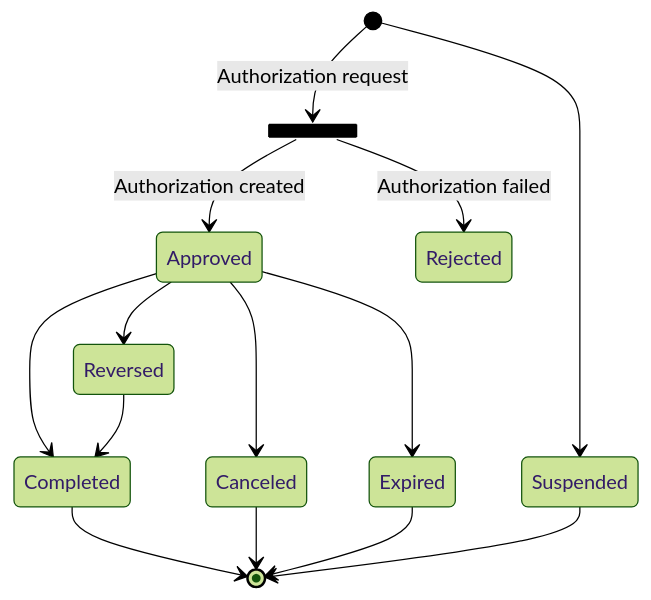
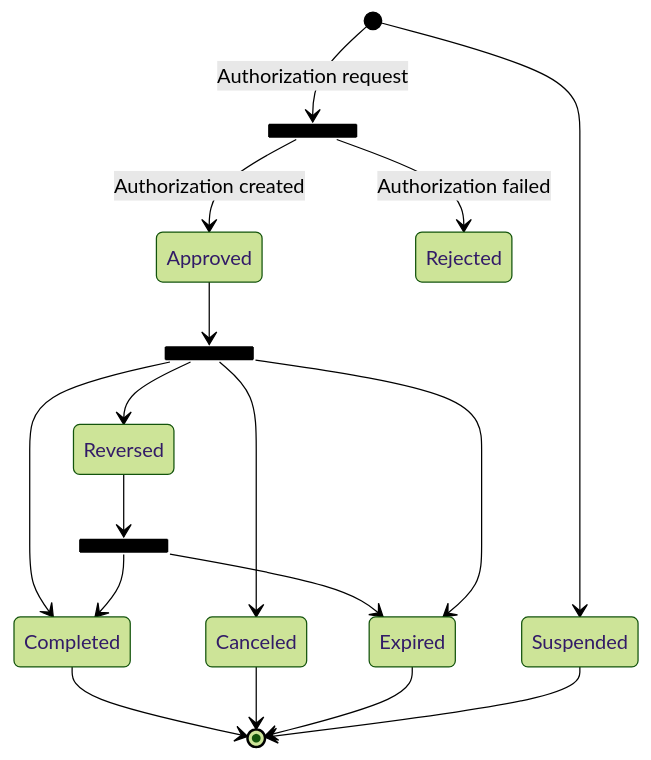
Before and after one commit to pomme-clic/s-money-documentation: the first of 3 diagrams in docs/usecases/cards/operations/CardsOperations.md, drawn with Mermaid (forest theme).

Commit message:
Correct reversed sttaus

````diff
--- a/docs/usecases/cards/operations/CardsOperations.md
+++ b/docs/usecases/cards/operations/CardsOperations.md
@@ -12,17 +12,22 @@
 ```mermaid
 stateDiagram-v2
  state fork_state <<fork>>
+  state fork_state2 <<fork>>
+    state fork_state3 <<fork>>
       [*] --> fork_state: Authorization request
 	  [*] --> Suspended
       fork_state --> Approved: Authorization created
       fork_state --> Rejected: Authorization failed
-    Approved --> Completed
-	Approved --> Reversed
-	Reversed --> Completed
-    Approved --> Canceled 
-    Approved--> Expired
+    Approved --> fork_state3
+	fork_state3 --> Completed
+	fork_state3 --> Reversed
+	Reversed --> fork_state2
+	fork_state2 --> Completed
+	fork_state2 --> Expired
+    fork_state3 --> Canceled 
+    fork_state3--> Expired
 	Completed --> [*]
 	Canceled --> [*]
 	Expired --> [*]
 	Suspended --> [*]
 ```
````
